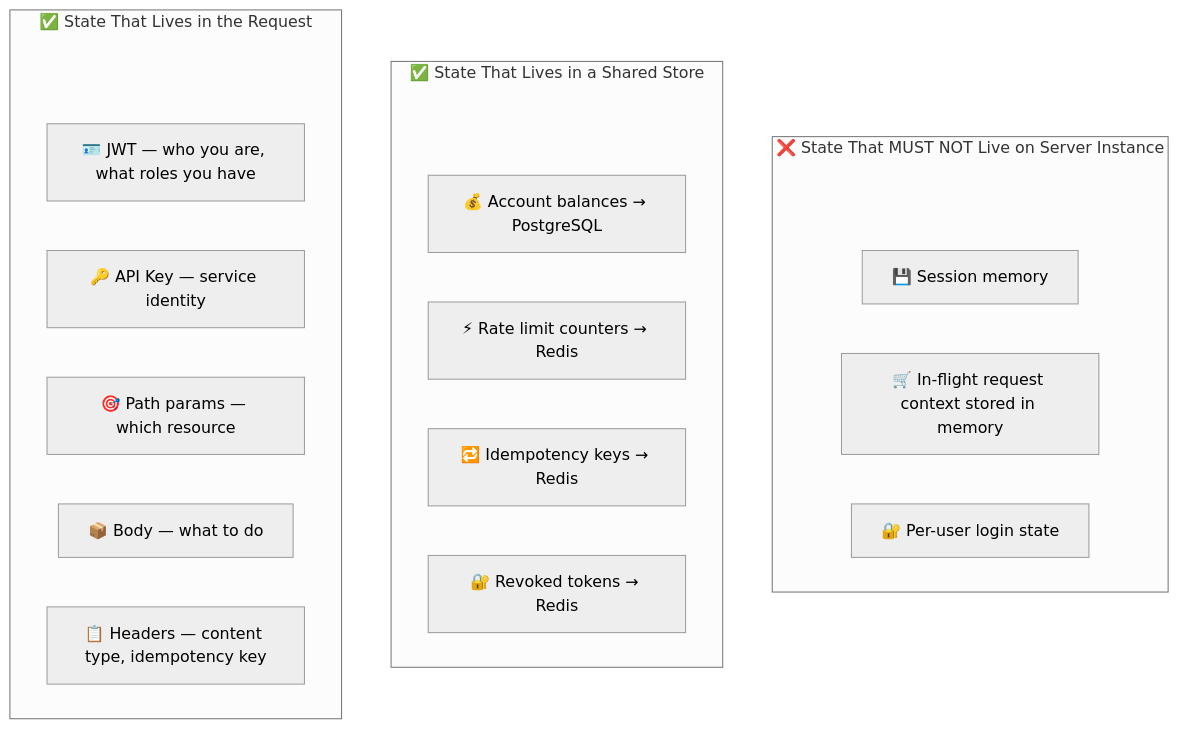
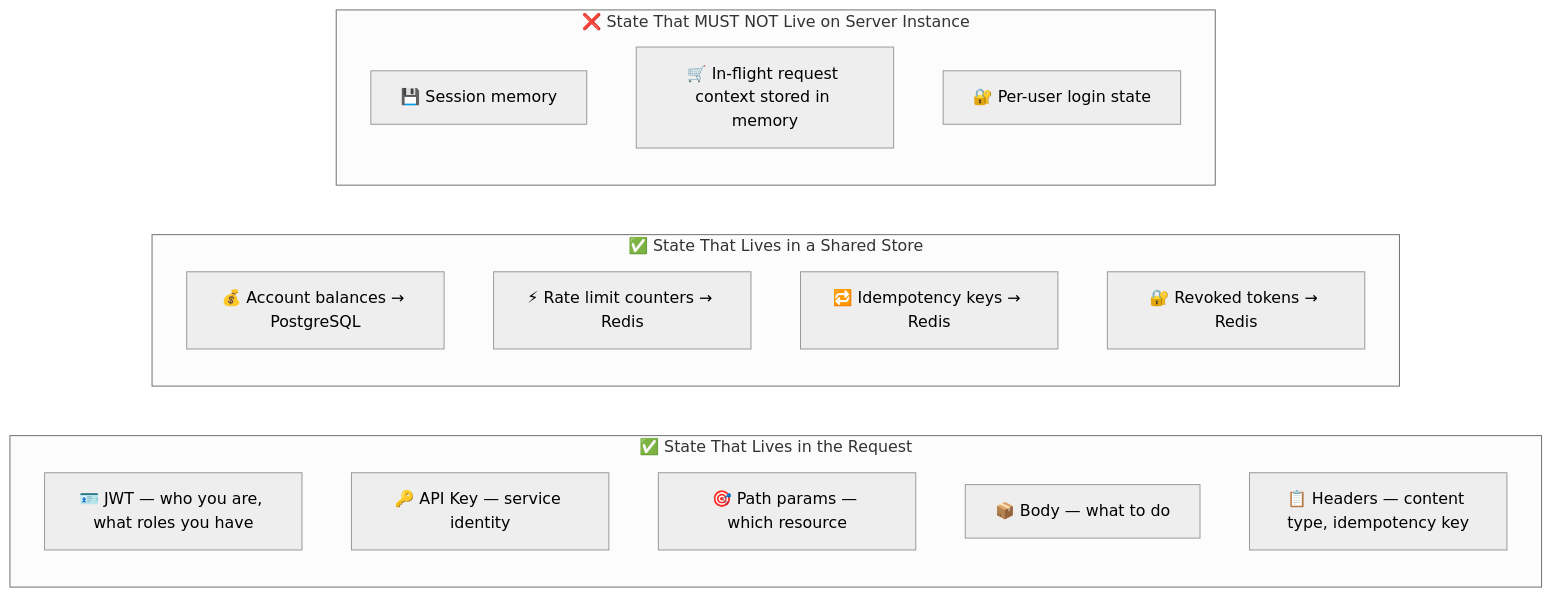
The fourth of 8 diagrams in internal/fundamentals/api-fundamentals/03-statelessness.md (romangurevitch/GoTraining), drawn with Mermaid (neutral theme) before and after one commit. The commit also changed other lines of this file and 20 other files, not shown here.

````diff
--- a/internal/fundamentals/api-fundamentals/03-statelessness.md
+++ b/internal/fundamentals/api-fundamentals/03-statelessness.md
@@ -84,31 +100,31 @@
 ```mermaid
-graph TB
+graph TD
 
     subgraph NeverOnServer["❌ State That MUST NOT Live on Server Instance"]
-        SPACE1["  "]
+        direction TB
         N1["💾 Session memory"]
         N2["🛒 In-flight request context stored in memory"]
         N3["🔐 Per-user login state"]
     end
 
+    NeverOnServer ~~~ InSharedStore
+
     subgraph InSharedStore["✅ State That Lives in a Shared Store"]
-        SPACE2["  "]
+        direction TB
         S1["💰 Account balances → PostgreSQL"]
         S2["⚡ Rate limit counters → Redis"]
         S3["🔁 Idempotency keys → Redis"]
         S4["🔐 Revoked tokens → Redis"]
     end
 
+    InSharedStore ~~~ InRequest
+
     subgraph InRequest["✅ State That Lives in the Request"]
-        SPACE3["  "]
+        direction TB
         R1["🪪 JWT — who you are, what roles you have"]
         R2["🔑 API Key — service identity"]
         R3["🎯 Path params — which resource"]
         R4["📦 Body — what to do"]
         R5["📋 Headers — content type, idempotency key"]
     end
-
-    style SPACE1 fill:none,stroke:none
-    style SPACE2 fill:none,stroke:none
-    style SPACE3 fill:none,stroke:none
 ```
````
